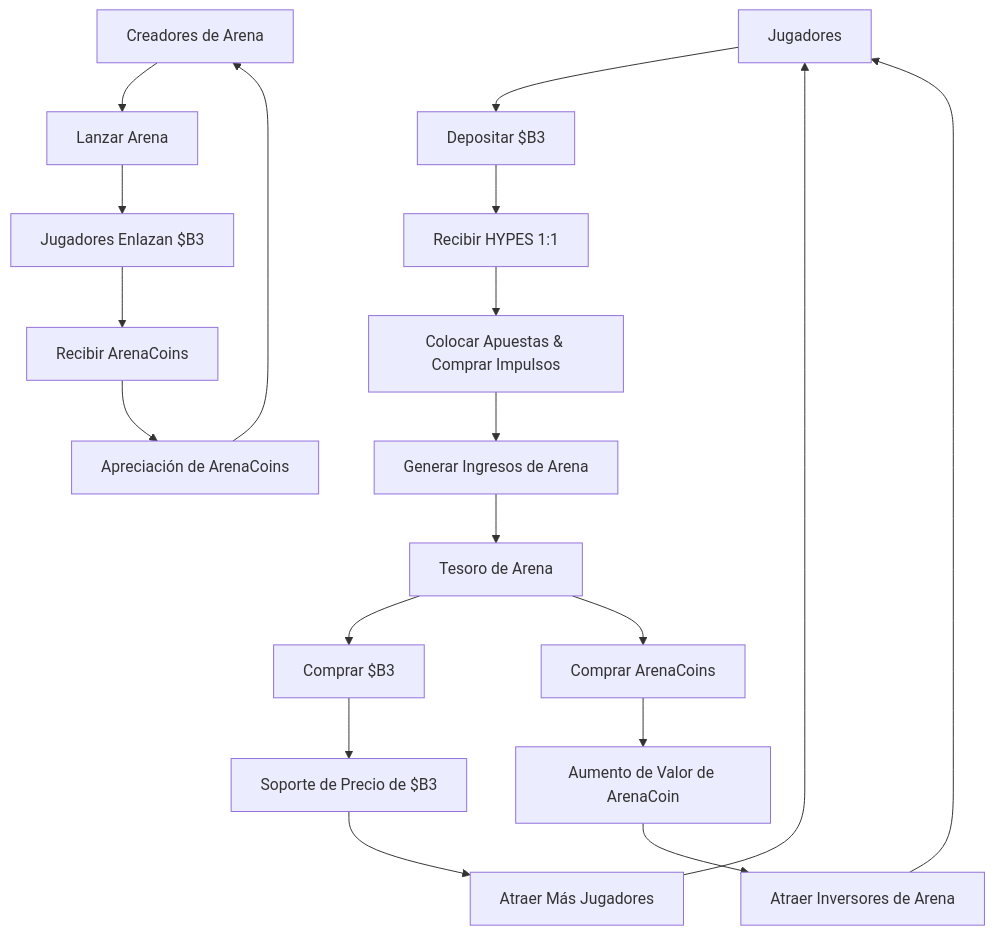
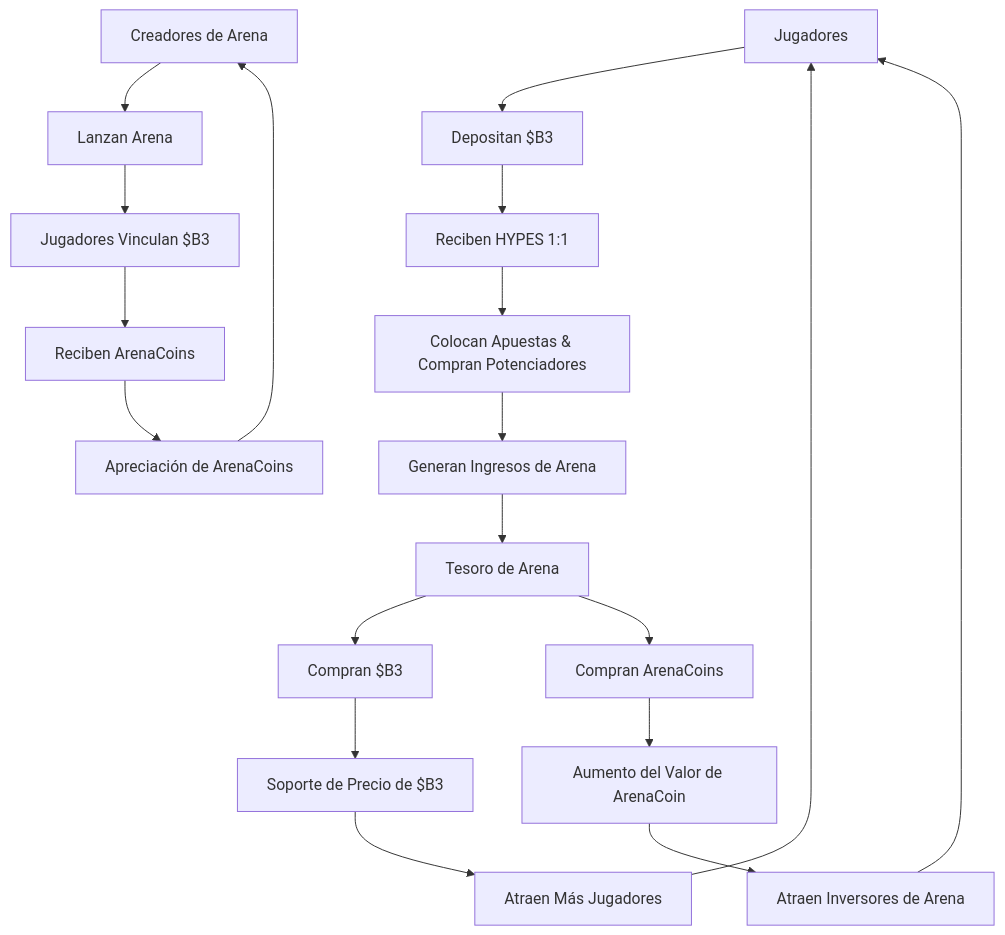
The diagram in docs/es/hypeduel/tokens-overview.mdx (b3-fun/b3), drawn with Mermaid before and after one commit. The commit also changed other lines of this file and 113 other files, not shown here.

````diff
--- a/docs/es/hypeduel/tokens-overview.mdx
+++ b/docs/es/hypeduel/tokens-overview.mdx
@@ -69,22 +29,22 @@
 ```mermaid
 graph TB
-    A[Jugadores] --> B[Depositar $B3]
-    B --> C[Recibir HYPES 1:1]
-    C --> D[Colocar Apuestas & Comprar Impulsos]
-    D --> E[Generar Ingresos de Arena]
+    A[Jugadores] --> B[Depositan $B3]
+    B --> C[Reciben HYPES 1:1]
+    C --> D[Colocan Apuestas & Compran Potenciadores]
+    D --> E[Generan Ingresos de Arena]
     E --> F[Tesoro de Arena]
-    F --> G[Comprar $B3]
-    F --> H[Comprar ArenaCoins]
+    F --> G[Compran $B3]
+    F --> H[Compran ArenaCoins]
     G --> I[Soporte de Precio de $B3]
-    H --> J[Aumento de Valor de ArenaCoin]
-    J --> K[Atraer Inversores de Arena]
-    I --> L[Atraer Más Jugadores]
+    H --> J[Aumento del Valor de ArenaCoin]
+    J --> K[Atraen Inversores de Arena]
+    I --> L[Atraen Más Jugadores]
     K --> A
     L --> A
 
-    M[Creadores de Arena] --> N[Lanzar Arena]
-    N --> O[Jugadores Enlazan $B3]
-    O --> P[Recibir ArenaCoins]
+    M[Creadores de Arena] --> N[Lanzan Arena]
+    N --> O[Jugadores Vinculan $B3]
+    O --> P[Reciben ArenaCoins]
     P --> Q[Apreciación de ArenaCoins]
     Q --> M
 ```
````
